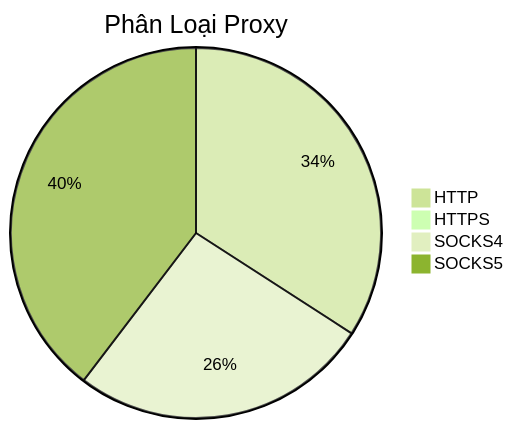
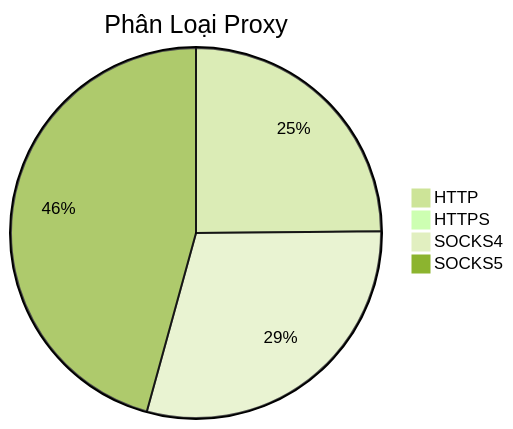
Before and after one commit to Ciara-12/PROXY-free: the diagram in README.md, drawn with Mermaid (forest theme). The commit also changed other lines of this file and 4 other files, not shown here.

````diff
--- a/README.md
+++ b/README.md
@@ -26,7 +26,7 @@
 ```mermaid
 pie title Phân Loại Proxy
-    "HTTP" : 637
-    "HTTPS" : 1
-    "SOCKS4" : 490
-    "SOCKS5" : 740
+    "HTTP" : 398
+    "HTTPS" : 0
+    "SOCKS4" : 471
+    "SOCKS5" : 732
 ```
````
